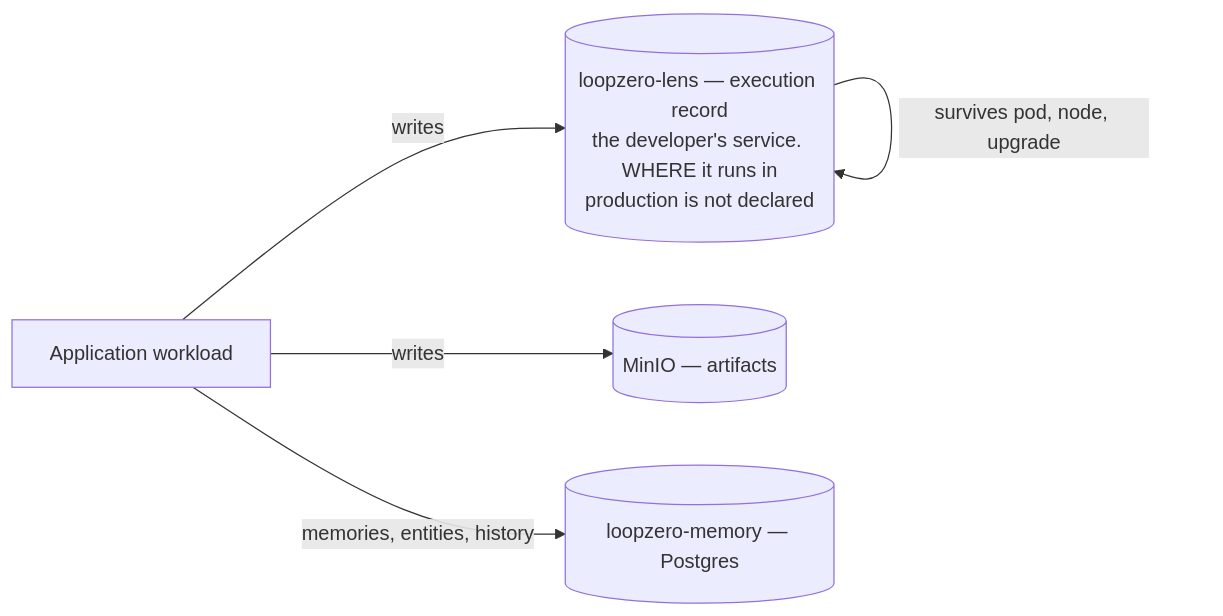
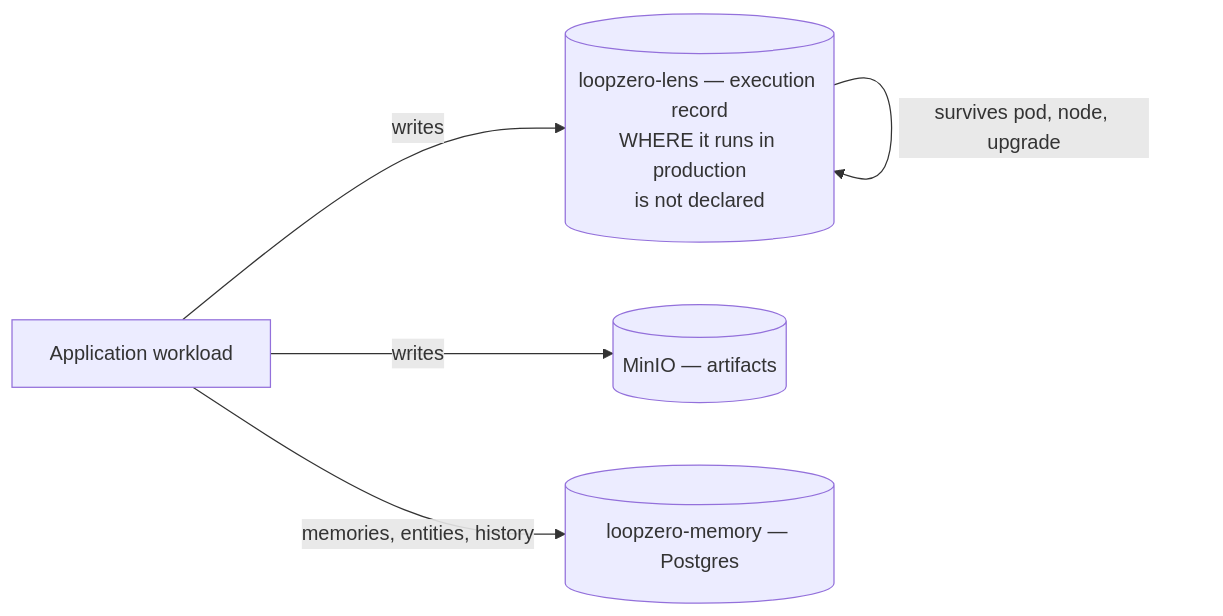
The diagram in .squad/wiki/design/durability.md (getloopscale/loop-runtime), drawn with Mermaid before and after one commit. The commit also changed 3 other files, not shown here.

````diff
--- a/.squad/wiki/design/durability.md
+++ b/.squad/wiki/design/durability.md
@@ -20,7 +20,7 @@
 ```mermaid
 flowchart LR
-    app[Application workload] -->|writes| lens[(loopzero-lens — execution record<br/>the developer's service. WHERE it runs in<br/>production is not declared)]
+    app[Application workload] -->|writes| lens[("loopzero-lens — execution record<br/>WHERE it runs in production<br/>is not declared")]
     app -->|writes| minio[(MinIO — artifacts)]
     lens -->|survives pod, node, upgrade| lens
     app -->|"memories, entities, history"| mem[("loopzero-memory — Postgres")]
 ```
````
